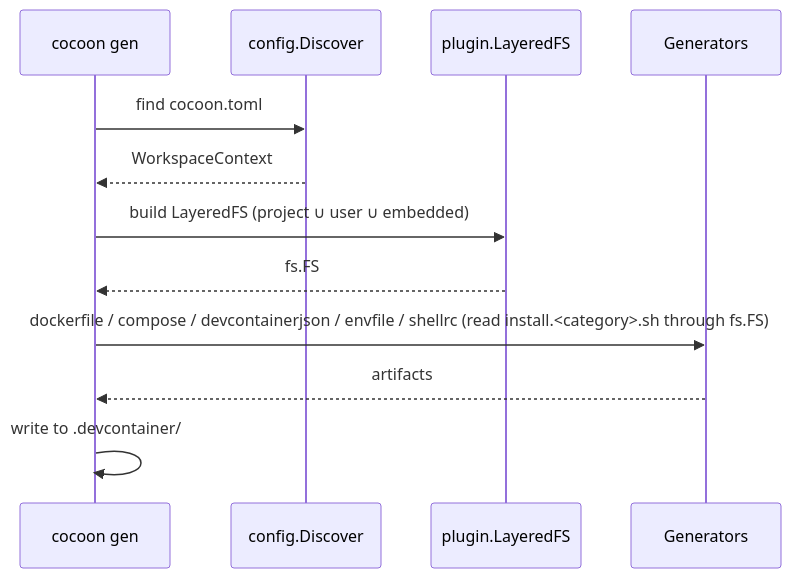
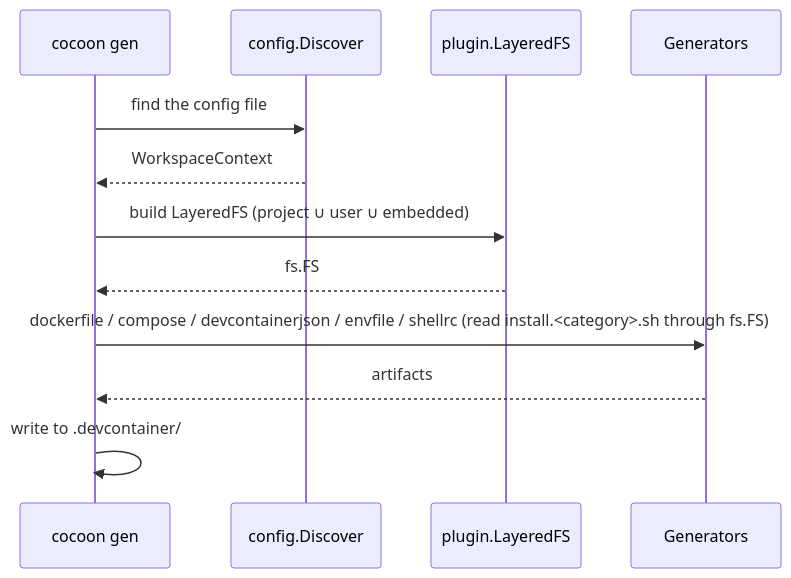
The third of 3 diagrams in docs/architecture.md (sukekyo26/cocoon), drawn with Mermaid before and after one commit. The commit also changed other lines of this file and 11 other files, not shown here.

````diff
--- a/docs/architecture.md
+++ b/docs/architecture.md
@@ -65,14 +65,14 @@
 ```mermaid
 sequenceDiagram
     participant cli as cocoon gen
     participant cfg as config.Discover
     participant fs as plugin.LayeredFS
     participant gen as Generators
-    cli->>cfg: find cocoon.toml
+    cli->>cfg: find the config file
     cfg-->>cli: WorkspaceContext
     cli->>fs: build LayeredFS (project ∪ user ∪ embedded)
     fs-->>cli: fs.FS
     cli->>gen: dockerfile / compose / devcontainerjson / envfile / shellrc (read install.<category>.sh through fs.FS)
     gen-->>cli: artifacts
     cli->>cli: write to .devcontainer/
 ```
````
